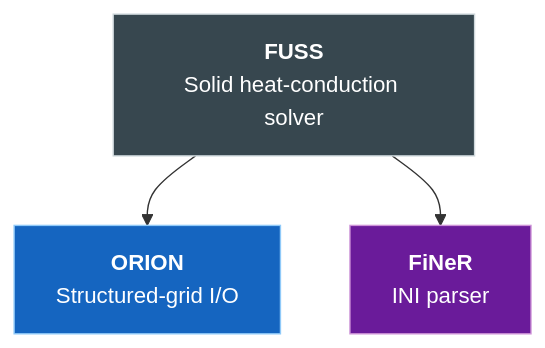
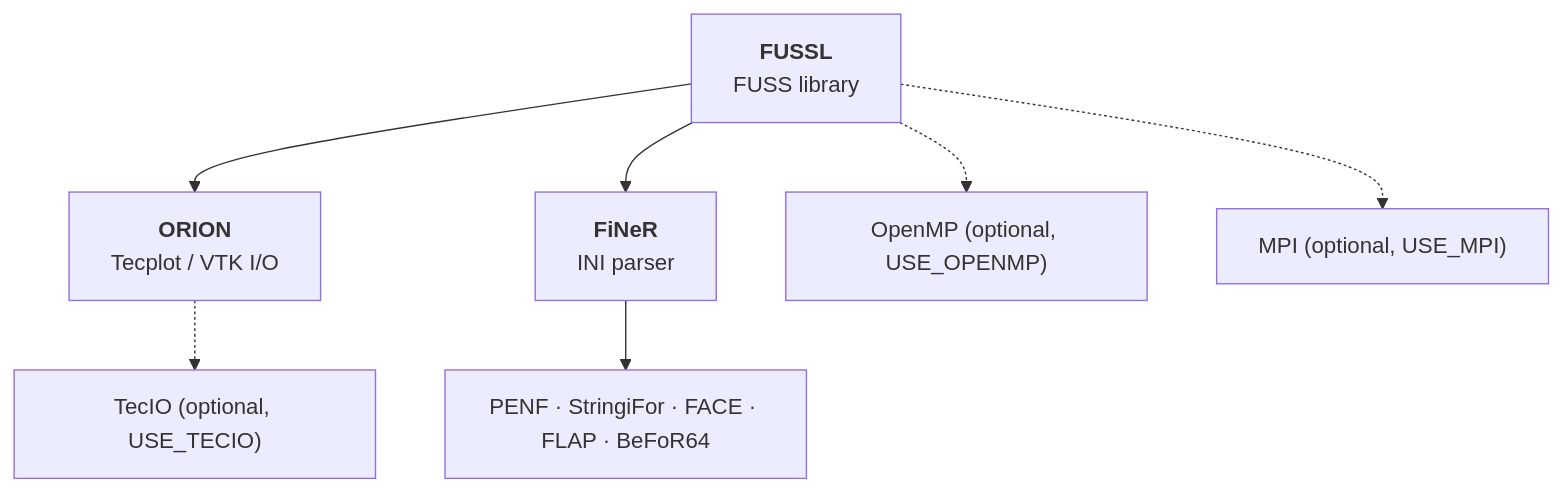
Before and after one commit to open-hydra/FUSS: the first of 6 diagrams in docs/development/structure.md, drawn with Mermaid. The commit also changed other lines of this file and 40 other files, not shown here.

````diff
--- a/docs/development/structure.md
+++ b/docs/development/structure.md
@@ -64,13 +61,17 @@
 ```mermaid
 graph TD
-    FUSS["<b>FUSS</b><br/>Solid heat-conduction solver"]
-    ORION["<b>ORION</b><br/>Structured-grid I/O"]
+    FUSS["<b>FUSSL</b><br/>FUSS library"]
+    ORION["<b>ORION</b><br/>Tecplot / VTK I/O"]
     FiNeR["<b>FiNeR</b><br/>INI parser"]
+    FDeps["PENF · StringiFor · FACE · FLAP · BeFoR64"]
+    TecIO["TecIO (optional, USE_TECIO)"]
+    OMP["OpenMP (optional, USE_OPENMP)"]
+    MPI["MPI (optional, USE_MPI)"]
 
     FUSS --> ORION
     FUSS --> FiNeR
-
-    style FUSS fill:#37474f,stroke:#cfd8dc,color:#fff
-    style ORION fill:#1565c0,stroke:#90caf9,color:#fff
-    style FiNeR fill:#6a1b9a,stroke:#ce93d8,color:#fff
+    FiNeR --> FDeps
+    ORION -.-> TecIO
+    FUSS -.-> OMP
+    FUSS -.-> MPI
 ```
````
